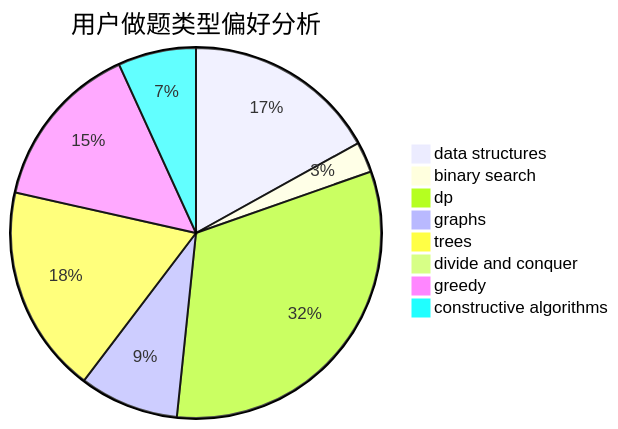
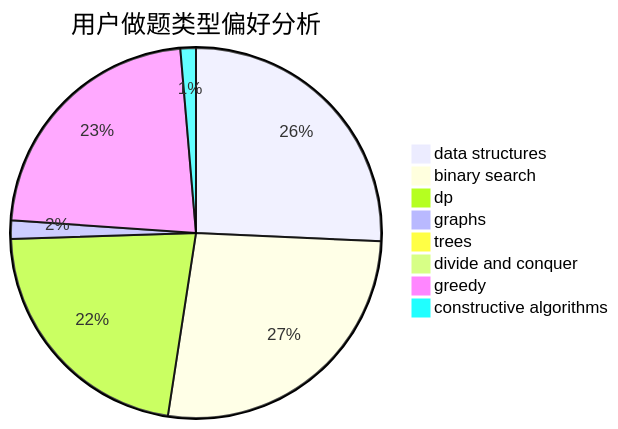
The second of 3 diagrams in docs/user/u1917.md (sherpahu/cfrs.github.io), drawn with Mermaid before and after one commit. The commit also changed other lines of this file and 2770 other files, not shown here.

````diff
--- a/docs/user/u1917.md
+++ b/docs/user/u1917.md
@@ -23,11 +23,11 @@
 ```mermaid
 pie title 用户做题类型偏好分析
-    "data structures" :  82
-    "binary search" :  13
-    "dp" :  155
-    "graphs" :  42
-    "trees" :  88
+    "data structures" :  513
+    "binary search" :  533
+    "dp" :  440
+    "graphs" :  32
+    "trees" :  0
     "divide and conquer" :  0
-    "greedy" :  71
-    "constructive algorithms" :  33
+    "greedy" :  450
+    "constructive algorithms" :  27
 ```
````
